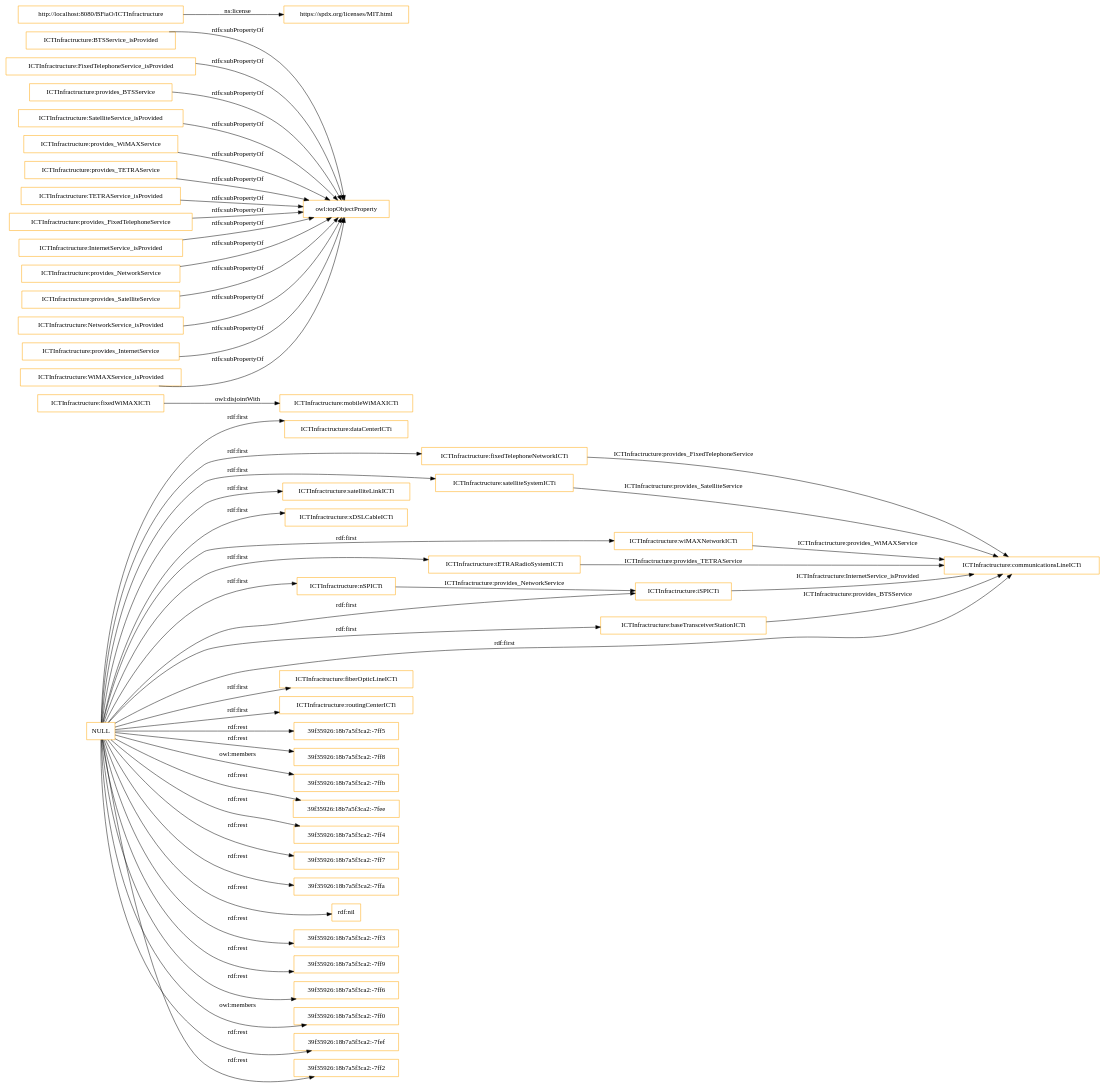
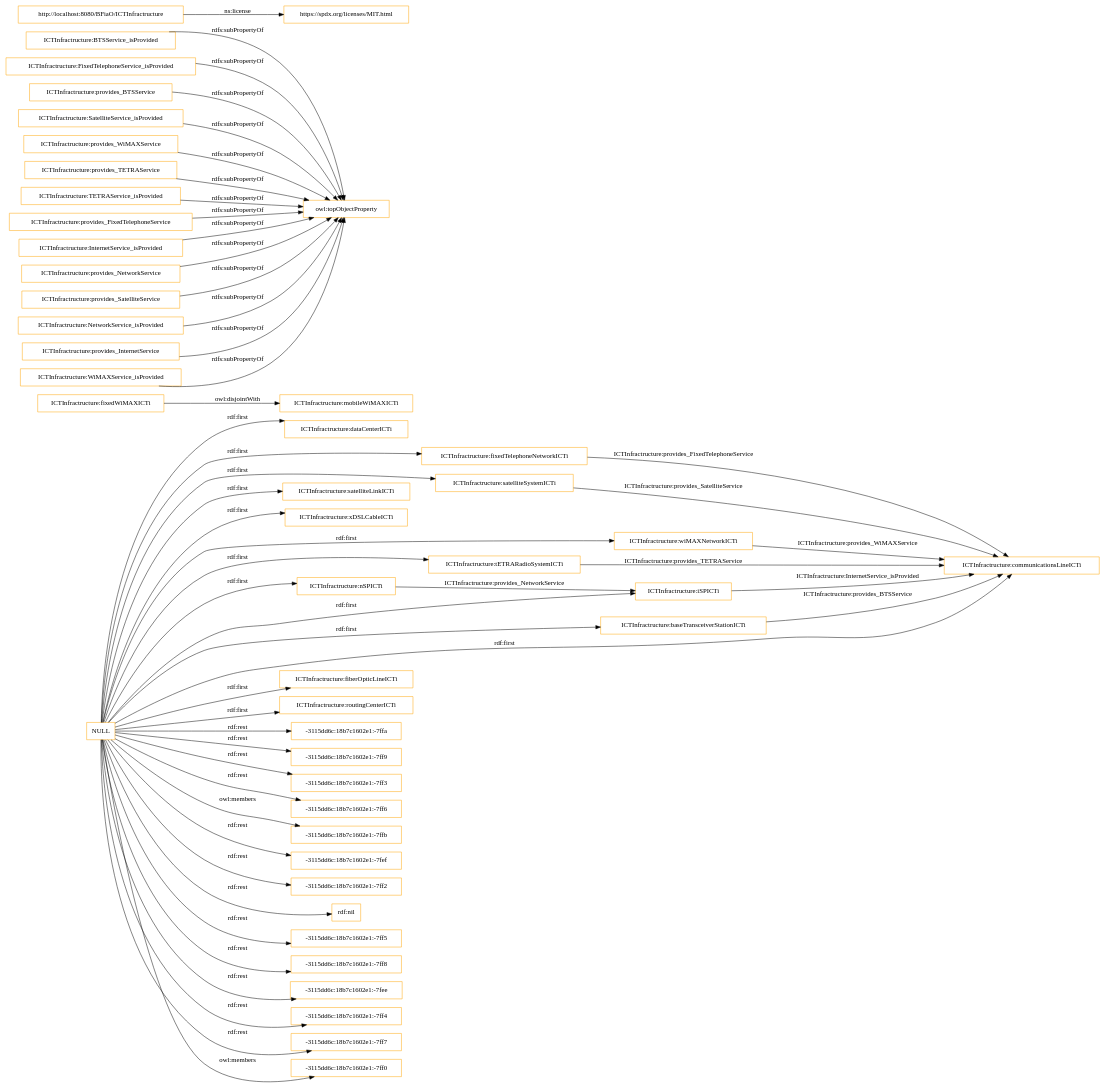
Before and after one commit to ahmad88me/bfiao: the diagram in OnToology/ICTInfrastructure.owl/diagrams/ar2dtool-class/ICTInfrastructure.owl.png.dot, drawn with Graphviz. The commit also changed 88 other files, not shown here.

```diff
--- a/OnToology/ICTInfrastructure.owl/diagrams/ar2dtool-class/ICTInfrastructure.owl.png.dot
+++ b/OnToology/ICTInfrastructure.owl/diagrams/ar2dtool-class/ICTInfrastructure.owl.png.dot
@@ -1,56 +1,56 @@
 digraph ar2dtool_diagram { 
 rankdir=LR;
 size="1501"
 node [shape = rectangle, color="orange"]; "ICTInfractructure:dataCenterICTi" "ICTInfractructure:fixedTelephoneNetworkICTi" "ICTInfractructure:fixedWiMAXICTi" "ICTInfractructure:satelliteSystemICTi" "ICTInfractructure:mobileWiMAXICTi" "ICTInfractructure:satelliteLinkICTi" "ICTInfractructure:xDSLCableICTi" "ICTInfractructure:wiMAXNetworkICTi" "ICTInfractructure:iSPICTi" "ICTInfractructure:tETRARadioSystemICTi" "ICTInfractructure:baseTransceiverStationICTi" "ICTInfractructure:communicationsLineICTi" "ICTInfractructure:nSPICTi" "ICTInfractructure:fiberOpticLineICTi" "ICTInfractructure:routingCenterICTi" ; /*classes style*/
 	"ICTInfractructure:BTSService_isProvided" -> "owl:topObjectProperty" [ label = "rdfs:subPropertyOf" ];
 	"ICTInfractructure:FixedTelephoneService_isProvided" -> "owl:topObjectProperty" [ label = "rdfs:subPropertyOf" ];
 	"ICTInfractructure:provides_BTSService" -> "owl:topObjectProperty" [ label = "rdfs:subPropertyOf" ];
 	"ICTInfractructure:fixedWiMAXICTi" -> "ICTInfractructure:mobileWiMAXICTi" [ label = "owl:disjointWith" ];
 	"ICTInfractructure:SatelliteService_isProvided" -> "owl:topObjectProperty" [ label = "rdfs:subPropertyOf" ];
 	"ICTInfractructure:provides_WiMAXService" -> "owl:topObjectProperty" [ label = "rdfs:subPropertyOf" ];
 	"ICTInfractructure:provides_TETRAService" -> "owl:topObjectProperty" [ label = "rdfs:subPropertyOf" ];
 	"ICTInfractructure:TETRAService_isProvided" -> "owl:topObjectProperty" [ label = "rdfs:subPropertyOf" ];
 	"http://localhost:8080/BFiaO/ICTInfractructure" -> "https://spdx.org/licenses/MIT.html" [ label = "ns:license" ];
 	"ICTInfractructure:provides_FixedTelephoneService" -> "owl:topObjectProperty" [ label = "rdfs:subPropertyOf" ];
 	"ICTInfractructure:InternetService_isProvided" -> "owl:topObjectProperty" [ label = "rdfs:subPropertyOf" ];
 	"ICTInfractructure:provides_NetworkService" -> "owl:topObjectProperty" [ label = "rdfs:subPropertyOf" ];
 	"ICTInfractructure:provides_SatelliteService" -> "owl:topObjectProperty" [ label = "rdfs:subPropertyOf" ];
 	"ICTInfractructure:NetworkService_isProvided" -> "owl:topObjectProperty" [ label = "rdfs:subPropertyOf" ];
 	"ICTInfractructure:provides_InternetService" -> "owl:topObjectProperty" [ label = "rdfs:subPropertyOf" ];
-	"NULL" -> "39f35926:18b7a5f3ca2:-7ff5" [ label = "rdf:rest" ];
-	"NULL" -> "39f35926:18b7a5f3ca2:-7ff8" [ label = "rdf:rest" ];
+	"NULL" -> "-3115dd6c:18b7c1602e1:-7ffa" [ label = "rdf:rest" ];
 	"NULL" -> "ICTInfractructure:xDSLCableICTi" [ label = "rdf:first" ];
+	"NULL" -> "-3115dd6c:18b7c1602e1:-7ff9" [ label = "rdf:rest" ];
 	"NULL" -> "ICTInfractructure:dataCenterICTi" [ label = "rdf:first" ];
 	"NULL" -> "ICTInfractructure:routingCenterICTi" [ label = "rdf:first" ];
-	"NULL" -> "39f35926:18b7a5f3ca2:-7ffb" [ label = "owl:members" ];
-	"NULL" -> "39f35926:18b7a5f3ca2:-7fee" [ label = "rdf:rest" ];
-	"NULL" -> "39f35926:18b7a5f3ca2:-7ff4" [ label = "rdf:rest" ];
-	"NULL" -> "39f35926:18b7a5f3ca2:-7ff7" [ label = "rdf:rest" ];
+	"NULL" -> "-3115dd6c:18b7c1602e1:-7ff3" [ label = "rdf:rest" ];
+	"NULL" -> "-3115dd6c:18b7c1602e1:-7ff6" [ label = "rdf:rest" ];
 	"NULL" -> "ICTInfractructure:satelliteLinkICTi" [ label = "rdf:first" ];
 	"NULL" -> "ICTInfractructure:fixedTelephoneNetworkICTi" [ label = "rdf:first" ];
-	"NULL" -> "39f35926:18b7a5f3ca2:-7ffa" [ label = "rdf:rest" ];
 	"NULL" -> "ICTInfractructure:wiMAXNetworkICTi" [ label = "rdf:first" ];
 	"NULL" -> "ICTInfractructure:nSPICTi" [ label = "rdf:first" ];
 	"NULL" -> "ICTInfractructure:tETRARadioSystemICTi" [ label = "rdf:first" ];
 	"NULL" -> "ICTInfractructure:communicationsLineICTi" [ label = "rdf:first" ];
+	"NULL" -> "-3115dd6c:18b7c1602e1:-7ffb" [ label = "owl:members" ];
+	"NULL" -> "-3115dd6c:18b7c1602e1:-7fef" [ label = "rdf:rest" ];
+	"NULL" -> "-3115dd6c:18b7c1602e1:-7ff2" [ label = "rdf:rest" ];
 	"NULL" -> "rdf:nil" [ label = "rdf:rest" ];
-	"NULL" -> "39f35926:18b7a5f3ca2:-7ff3" [ label = "rdf:rest" ];
-	"NULL" -> "39f35926:18b7a5f3ca2:-7ff9" [ label = "rdf:rest" ];
-	"NULL" -> "39f35926:18b7a5f3ca2:-7ff6" [ label = "rdf:rest" ];
-	"NULL" -> "39f35926:18b7a5f3ca2:-7ff0" [ label = "owl:members" ];
+	"NULL" -> "-3115dd6c:18b7c1602e1:-7ff5" [ label = "rdf:rest" ];
+	"NULL" -> "-3115dd6c:18b7c1602e1:-7ff8" [ label = "rdf:rest" ];
 	"NULL" -> "ICTInfractructure:baseTransceiverStationICTi" [ label = "rdf:first" ];
 	"NULL" -> "ICTInfractructure:satelliteSystemICTi" [ label = "rdf:first" ];
 	"NULL" -> "ICTInfractructure:iSPICTi" [ label = "rdf:first" ];
 	"NULL" -> "ICTInfractructure:fiberOpticLineICTi" [ label = "rdf:first" ];
-	"NULL" -> "39f35926:18b7a5f3ca2:-7fef" [ label = "rdf:rest" ];
-	"NULL" -> "39f35926:18b7a5f3ca2:-7ff2" [ label = "rdf:rest" ];
+	"NULL" -> "-3115dd6c:18b7c1602e1:-7fee" [ label = "rdf:rest" ];
+	"NULL" -> "-3115dd6c:18b7c1602e1:-7ff4" [ label = "rdf:rest" ];
+	"NULL" -> "-3115dd6c:18b7c1602e1:-7ff7" [ label = "rdf:rest" ];
+	"NULL" -> "-3115dd6c:18b7c1602e1:-7ff0" [ label = "owl:members" ];
 	"ICTInfractructure:WiMAXService_isProvided" -> "owl:topObjectProperty" [ label = "rdfs:subPropertyOf" ];
 	"ICTInfractructure:fixedTelephoneNetworkICTi" -> "ICTInfractructure:communicationsLineICTi" [ label = "ICTInfractructure:provides_FixedTelephoneService" ];
 	"ICTInfractructure:wiMAXNetworkICTi" -> "ICTInfractructure:communicationsLineICTi" [ label = "ICTInfractructure:provides_WiMAXService" ];
 	"ICTInfractructure:satelliteSystemICTi" -> "ICTInfractructure:communicationsLineICTi" [ label = "ICTInfractructure:provides_SatelliteService" ];
 	"ICTInfractructure:iSPICTi" -> "ICTInfractructure:communicationsLineICTi" [ label = "ICTInfractructure:InternetService_isProvided" ];
 	"ICTInfractructure:tETRARadioSystemICTi" -> "ICTInfractructure:communicationsLineICTi" [ label = "ICTInfractructure:provides_TETRAService" ];
 	"ICTInfractructure:nSPICTi" -> "ICTInfractructure:iSPICTi" [ label = "ICTInfractructure:provides_NetworkService" ];
 	"ICTInfractructure:baseTransceiverStationICTi" -> "ICTInfractructure:communicationsLineICTi" [ label = "ICTInfractructure:provides_BTSService" ];
 
 }
```
